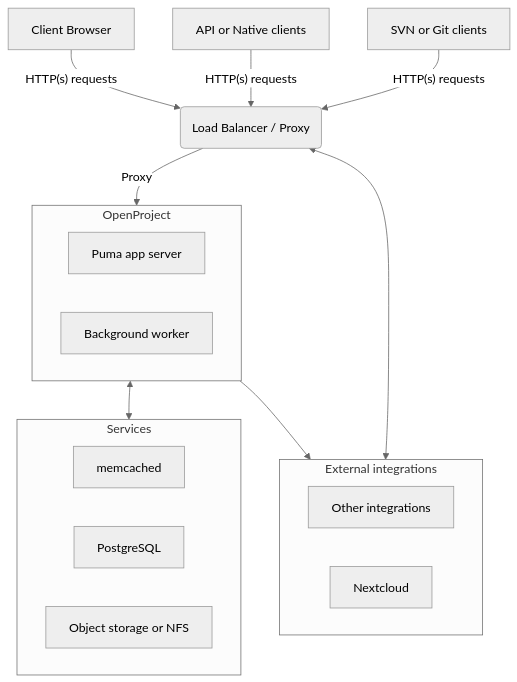
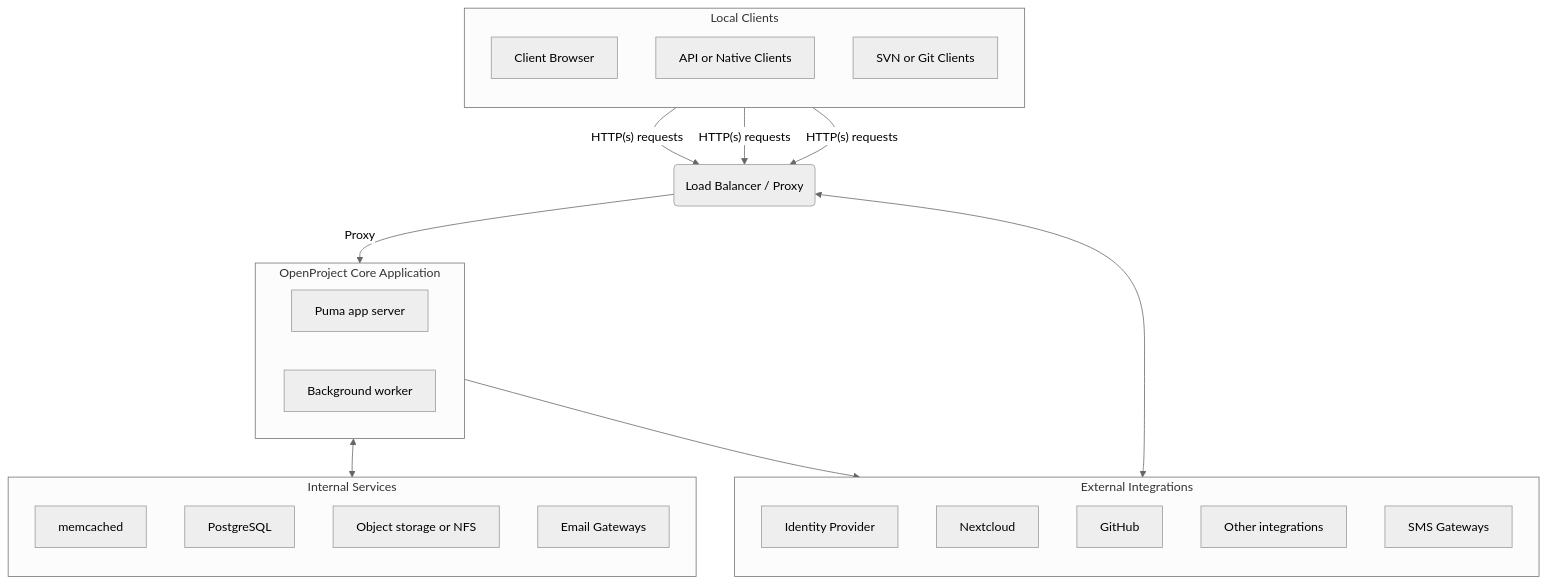
One commit to opf/openproject changed the first of 6 diagrams in docs/development/data-flow/README.md. Above: the diagram before and after it, drawn with Mermaid. The commit also changed other lines of this file, not shown here.

````diff
--- a/docs/development/data-flow/README.md
+++ b/docs/development/data-flow/README.md
@@ -5,32 +106,49 @@
 ```mermaid
 %%{init: {'theme':'neutral'}}%%
 
 flowchart TD
-  A[Client Browser] -->|"HTTP(s) requests"| B(Load Balancer / Proxy)
-  A1[API or Native clients] -->|"HTTP(s) requests"| B(Load Balancer / Proxy)
-  A2[SVN or Git clients] -->|"HTTP(s) requests"| B(Load Balancer / Proxy)
-  B -->|Proxy| openproject
-
-  subgraph openproject[OpenProject]
+  browser[Client Browser] -->|"HTTP(s) requests"| loadbalancer(Load Balancer / Proxy)
+  A1[API or Native Clients] -->|"HTTP(s) requests"| loadbalancer
+  A2[SVN or Git Clients] -->|"HTTP(s) requests"| loadbalancer
+  loadbalancer -->|Proxy| openproject
+  subgraph openproject[OpenProject Core Application]
     C[Puma app server]
     D[Background worker]
   end
 
 
-  subgraph integrations[External integrations]
-	  O[Other integrations]
+  subgraph integrations[External Integrations]
+  direction TB
+    idp[Identity Provider]
     N[Nextcloud]
-  end
+    GitHub
+  	O[Other integrations]
+  	
+  	sms[SMS Gateways]
+  	
+end
 
-  subgraph services[Services]
+  subgraph services[Internal Services]
+  direction TB
   	M[memcached]
 	  P[PostgreSQL]
 	  S[Object storage or NFS]
+	  email[Email Gateways]
   end
 
 
   openproject <--> services
   openproject --> integrations
-  B <--> integrations
+  loadbalancer <--> integrations
+  
+  subgraph localclients[Local Clients]
+  direction TB
+	browser
+	A1
+	A2
+end
+
+  
+  
 
 ```
````
